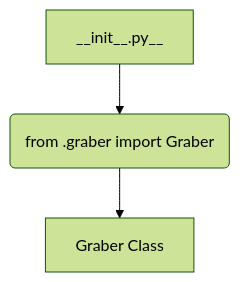
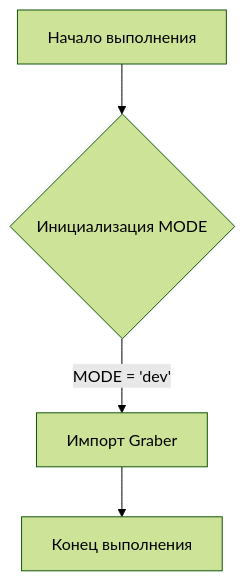
The first of 2 diagrams in docs/gemini/ru/explainer/src/suppliers/morlevi/__init__.md (hypo69/hypo), drawn with Mermaid (forest theme) before and after one commit. The commit also changed other lines of this file and 468 other files, not shown here.

````diff
--- a/docs/gemini/ru/explainer/src/suppliers/morlevi/__init__.md
+++ b/docs/gemini/ru/explainer/src/suppliers/morlevi/__init__.md
@@ -22,6 +41,6 @@
 ```mermaid
 graph TD
-    A[__init__.py__] --> B(from .graber import Graber);
-    B --> C[Graber Class];
-    
+    A[Начало выполнения] --> B{Инициализация MODE};
+    B -- MODE = 'dev' --> C[Импорт Graber];
+    C --> D[Конец выполнения];
 ```
````
